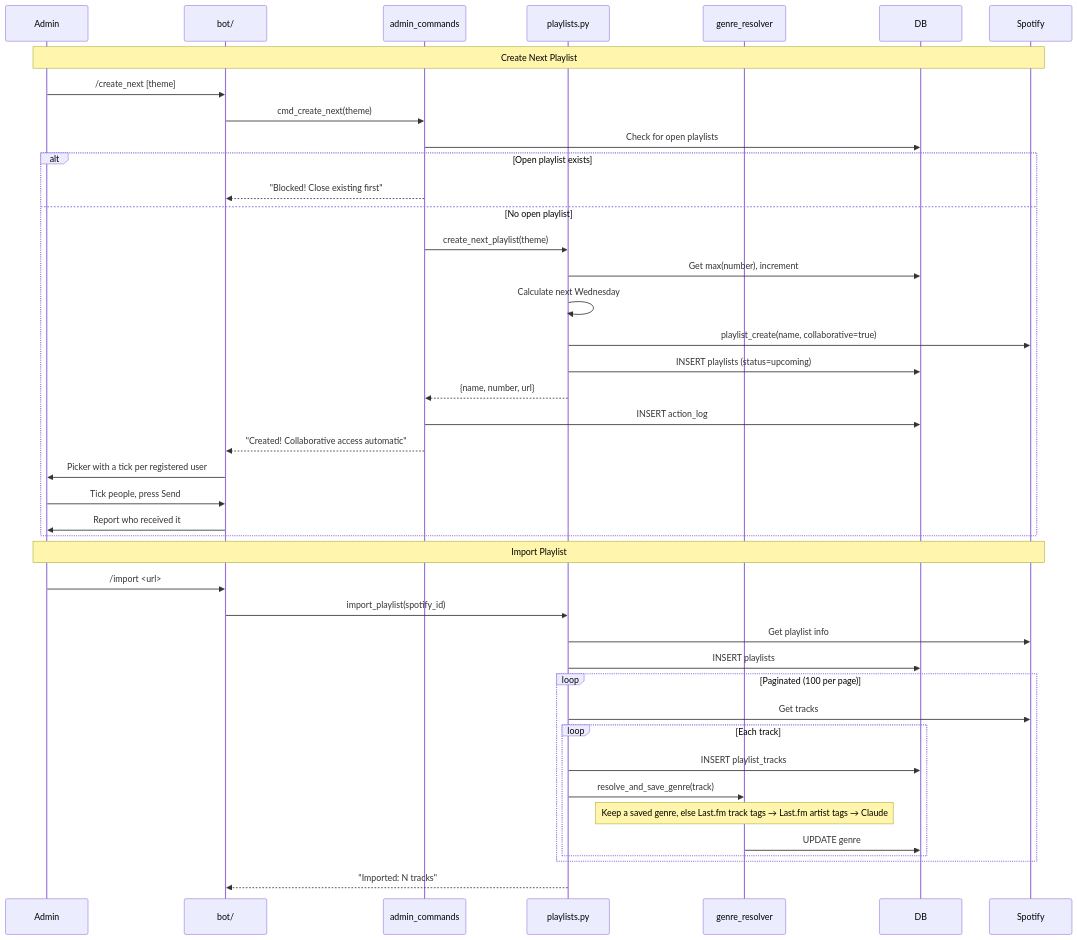
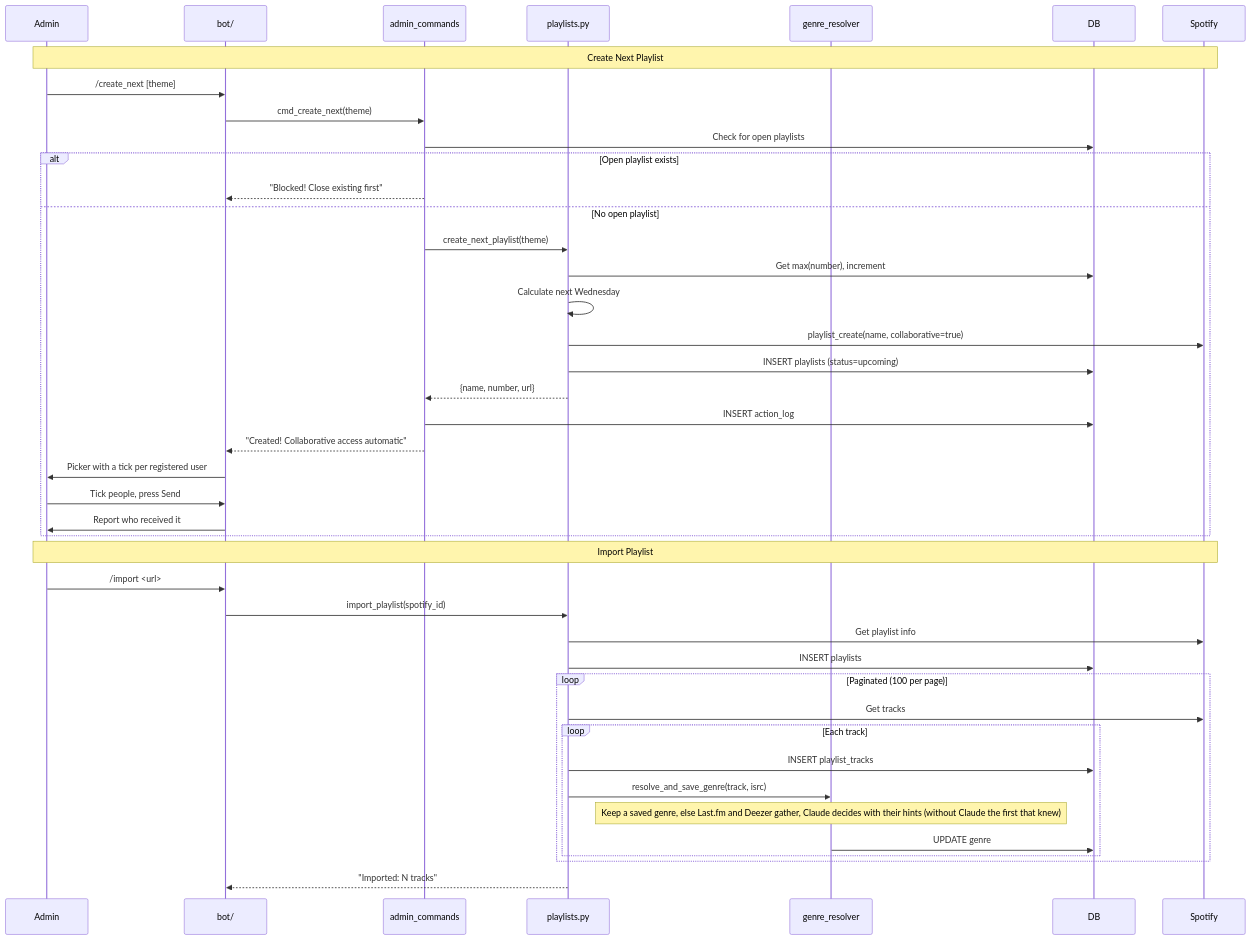
The fifth of 8 diagrams in docs/architecture/03-flows.md (ndomanovskiy/maspotifybot), drawn with Mermaid before and after one commit. The commit also changed other lines of this file and 16 other files, not shown here.

First line of the commit message:
feat: Claude picks the genre with Last.fm and Deezer hints

````diff
--- a/docs/architecture/03-flows.md
+++ b/docs/architecture/03-flows.md
@@ -232,47 +232,47 @@
 ```mermaid
 sequenceDiagram
     participant Admin
     participant Bot as bot/
     participant AC as admin_commands
     participant PL as playlists.py
     participant GR as genre_resolver
     participant DB
     participant Spotify
 
     Note over Admin,Spotify: Create Next Playlist
     Admin->>Bot: /create_next [theme]
     Bot->>AC: cmd_create_next(theme)
     AC->>DB: Check for open playlists
     alt Open playlist exists
         AC-->>Bot: "Blocked! Close existing first"
     else No open playlist
         AC->>PL: create_next_playlist(theme)
         PL->>DB: Get max(number), increment
         PL->>PL: Calculate next Wednesday
         PL->>Spotify: playlist_create(name, collaborative=true)
         PL->>DB: INSERT playlists (status=upcoming)
         PL-->>AC: {name, number, url}
         AC->>DB: INSERT action_log
         AC-->>Bot: "Created! Collaborative access automatic"
         Bot->>Admin: Picker with a tick per registered user
         Admin->>Bot: Tick people, press Send
         Bot->>Admin: Report who received it
     end
 
     Note over Admin,Spotify: Import Playlist
     Admin->>Bot: /import <url>
     Bot->>PL: import_playlist(spotify_id)
     PL->>Spotify: Get playlist info
     PL->>DB: INSERT playlists
 
     loop Paginated (100 per page)
         PL->>Spotify: Get tracks
         loop Each track
             PL->>DB: INSERT playlist_tracks
-            PL->>GR: resolve_and_save_genre(track)
-            Note over GR: Keep a saved genre, else Last.fm track tags → Last.fm artist tags → Claude
+            PL->>GR: resolve_and_save_genre(track, isrc)
+            Note over GR: Keep a saved genre, else Last.fm and Deezer gather, Claude decides with their hints (without Claude the first that knew)
             GR->>DB: UPDATE genre
         end
     end
     PL-->>Bot: "Imported: N tracks"
 ```
````
